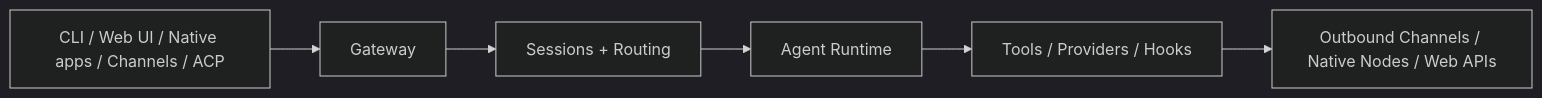
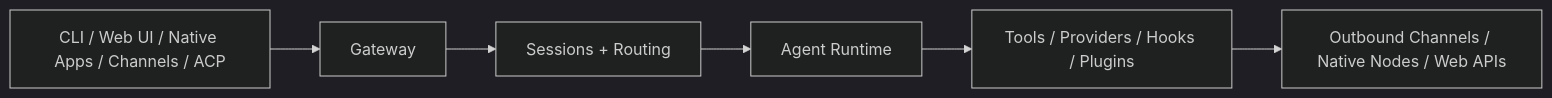
One commit to simonggx/openclaw-source-architecture-survey changed the diagram in openclaw-source-architecture-survey.md. Above: the diagram before and after it, drawn with Mermaid (dark theme). The commit also changed other lines of this file, not shown here.

````diff
--- a/openclaw-source-architecture-survey.md
+++ b/openclaw-source-architecture-survey.md
@@ -34,8 +50,15 @@
 ```mermaid
 flowchart LR
-  A[CLI / Web UI / Native apps / Channels / ACP] --> B[Gateway]
-  B --> C[Sessions + Routing]
-  C --> D[Agent Runtime]
-  D --> E[Tools / Providers / Hooks]
-  E --> F[Outbound Channels / Native Nodes / Web APIs]
+  A[CLI / Web UI / Native Apps / Channels / ACP]
+  B[Gateway]
+  C[Sessions + Routing]
+  D[Agent Runtime]
+  E[Tools / Providers / Hooks / Plugins]
+  F[Outbound Channels / Native Nodes / Web APIs]
+
+  A --> B
+  B --> C
+  C --> D
+  D --> E
+  E --> F
 ```
````
